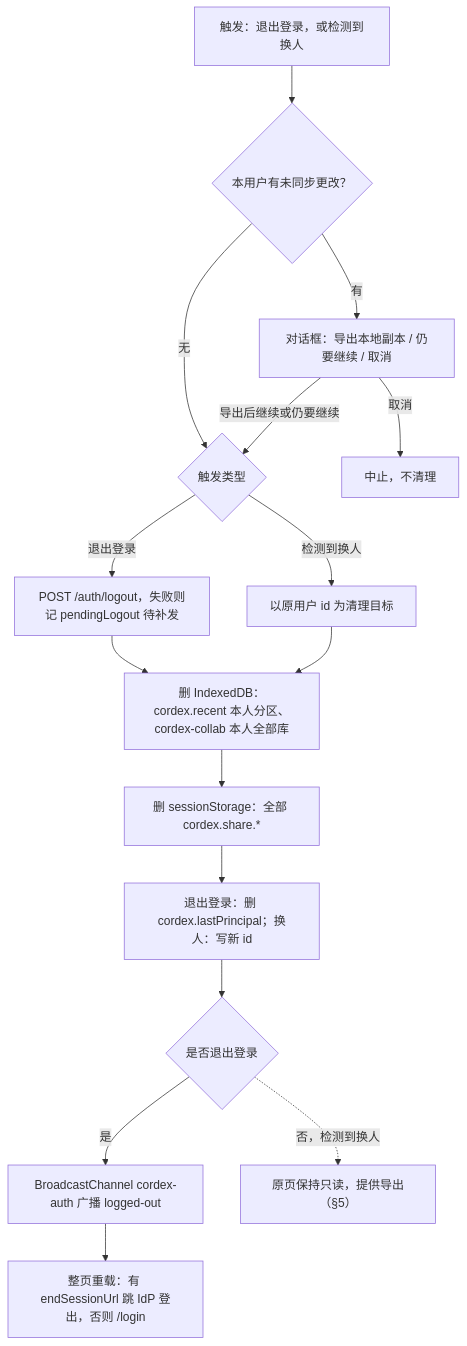
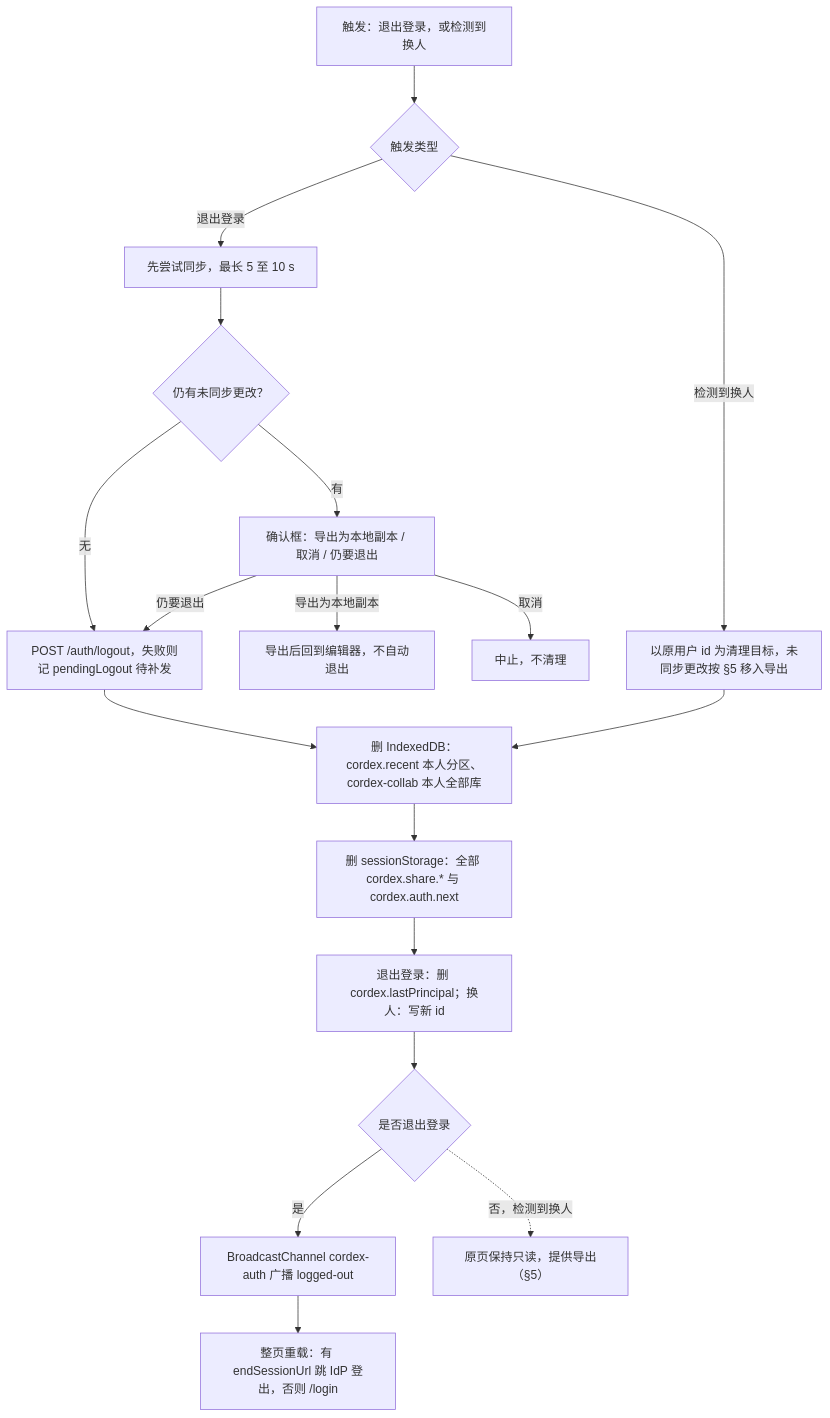
The seventh of 9 diagrams in docs/50-frontend/02-app-shell-routing-and-session.md (Xeonice/cordis-ppt-editor), drawn with Mermaid before and after one commit. The commit also changed other lines of this file and 25 other files, not shown here.

````diff
--- a/docs/50-frontend/02-app-shell-routing-and-session.md
+++ b/docs/50-frontend/02-app-shell-routing-and-session.md
@@ -445,18 +489,20 @@
 ```mermaid
 flowchart TB
-  start["触发：退出登录，或检测到换人"] --> pending{"本用户有未同步更改？"}
-  pending -- "有" --> ask["对话框：导出本地副本 / 仍要继续 / 取消"]
-  pending -- "无" --> kind{"触发类型"}
-  ask -- "导出后继续或仍要继续" --> kind
+  start["触发：退出登录，或检测到换人"] --> kind{"触发类型"}
+  kind -- "退出登录" --> flush["先尝试同步，最长 5 至 10 s"]
+  flush --> pending{"仍有未同步更改？"}
+  pending -- "有" --> ask["确认框：导出为本地副本 / 取消 / 仍要退出"]
+  pending -- "无" --> logout["POST /auth/logout，失败则记 pendingLogout 待补发"]
+  ask -- "仍要退出" --> logout
+  ask -- "导出为本地副本" --> back["导出后回到编辑器，不自动退出"]
   ask -- "取消" --> stop["中止，不清理"]
-  kind -- "退出登录" --> logout["POST /auth/logout，失败则记 pendingLogout 待补发"]
-  kind -- "检测到换人" --> prev["以原用户 id 为清理目标"]
+  kind -- "检测到换人" --> prev["以原用户 id 为清理目标，未同步更改按 §5 移入导出"]
   logout --> clearUser["删 IndexedDB：cordex.recent 本人分区、cordex-collab 本人全部库"]
   prev --> clearUser
-  clearUser --> clearTab["删 sessionStorage：全部 cordex.share.*"]
+  clearUser --> clearTab["删 sessionStorage：全部 cordex.share.* 与 cordex.auth.next"]
   clearTab --> clearMark["退出登录：删 cordex.lastPrincipal；换人：写新 id"]
   clearMark --> branch{"是否退出登录"}
   branch -- "是" --> bcast["BroadcastChannel cordex-auth 广播 logged-out"]
   bcast --> nav["整页重载：有 endSessionUrl 跳 IdP 登出，否则 /login"]
   branch -. "否，检测到换人" .-> stay["原页保持只读，提供导出（§5）"]
 ```
````
